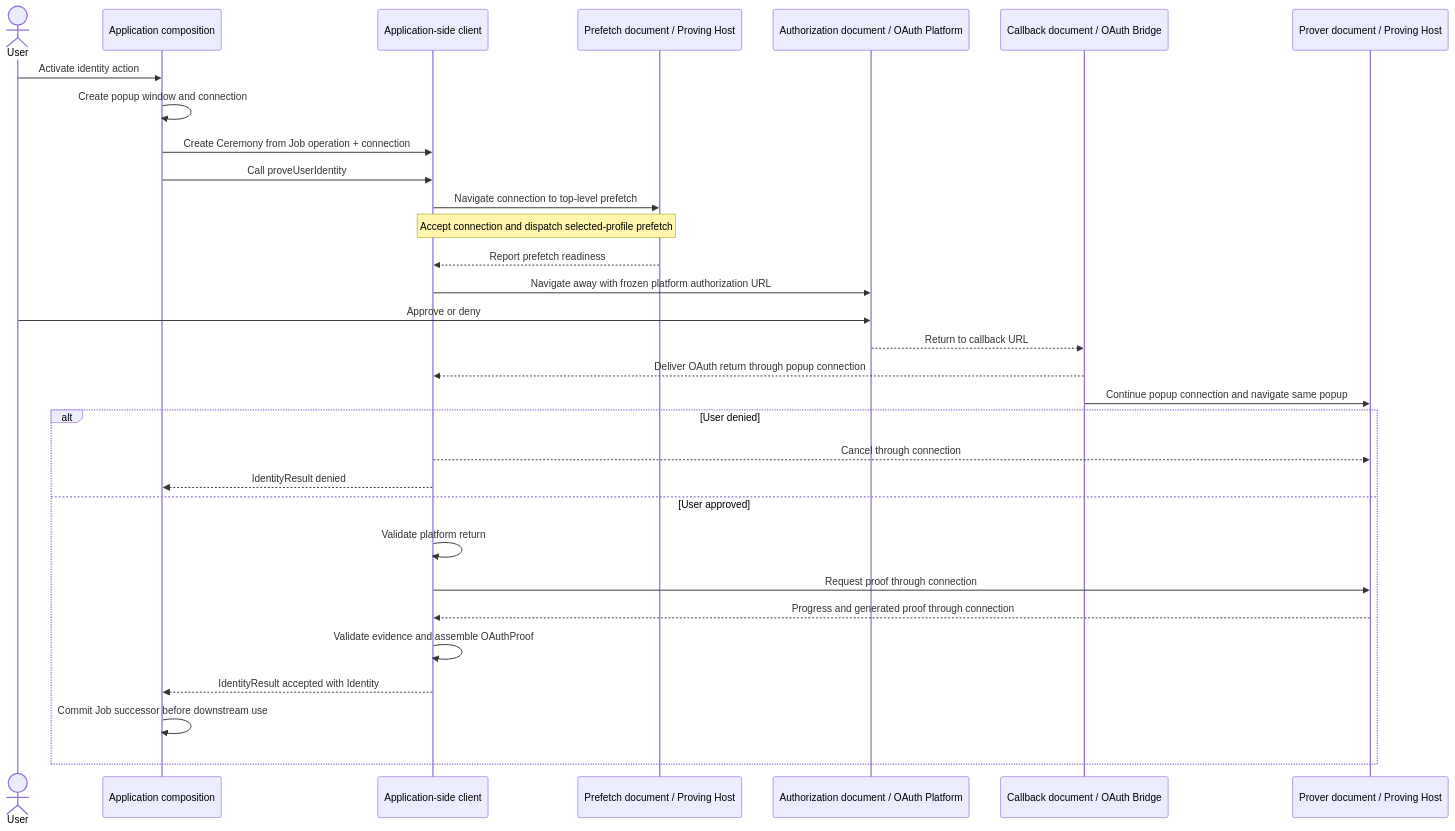
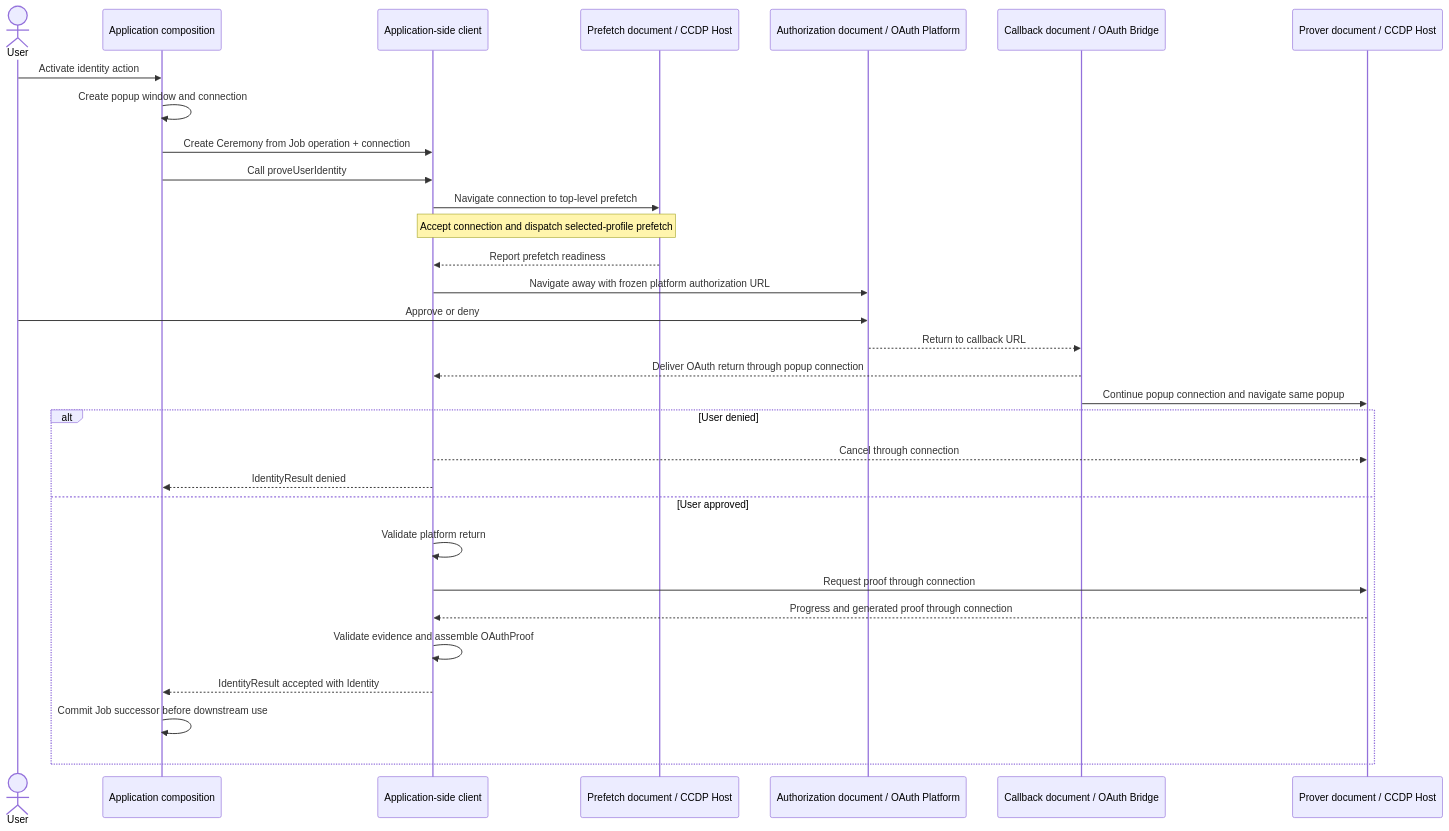
One commit to libid-org/libid changed the diagram in ts/packages/ceremony/ARCHITECTURE.md. Above: the diagram before and after it, drawn with Mermaid. The commit also changed other lines of this file and 5 other files, not shown here.

Commit message:
docs(ccdp): define versioned host resources

````diff
--- a/ts/packages/ceremony/ARCHITECTURE.md
+++ b/ts/packages/ceremony/ARCHITECTURE.md
@@ -43,34 +43,34 @@
 ```mermaid
 sequenceDiagram
     actor U as User
     participant A as Application composition
     participant C as Application-side client
-    participant F as Prefetch document / Proving Host
+    participant F as Prefetch document / CCDP Host
     participant O as Authorization document / OAuth Platform
     participant P as Callback document / OAuth Bridge
-    participant R as Prover document / Proving Host
+    participant R as Prover document / CCDP Host
 
     U->>A: Activate identity action
     A->>A: Create popup window and connection
     A->>C: Create Ceremony from Job operation + connection
     A->>C: Call proveUserIdentity
     C->>F: Navigate connection to top-level prefetch
     Note over C,F: Accept connection and dispatch selected-profile prefetch
     F-->>C: Report prefetch readiness
     C->>O: Navigate away with frozen platform authorization URL
     U->>O: Approve or deny
     O-->>P: Return to callback URL
     P-->>C: Deliver OAuth return through popup connection
     P->>R: Continue popup connection and navigate same popup
     alt User denied
         C-->>R: Cancel through connection
         C-->>A: IdentityResult denied
     else User approved
         C->>C: Validate platform return
         C->>R: Request proof through connection
         R-->>C: Progress and generated proof through connection
         C->>C: Validate evidence and assemble OAuthProof
         C-->>A: IdentityResult accepted with Identity
         A->>A: Commit Job successor before downstream use
     end
 ```
````
